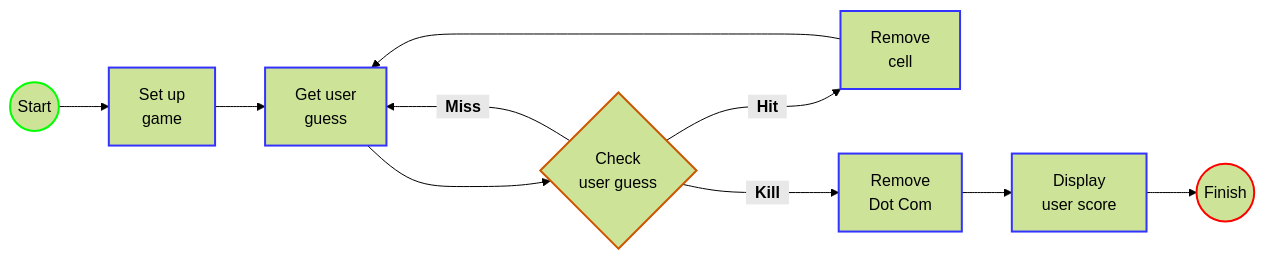
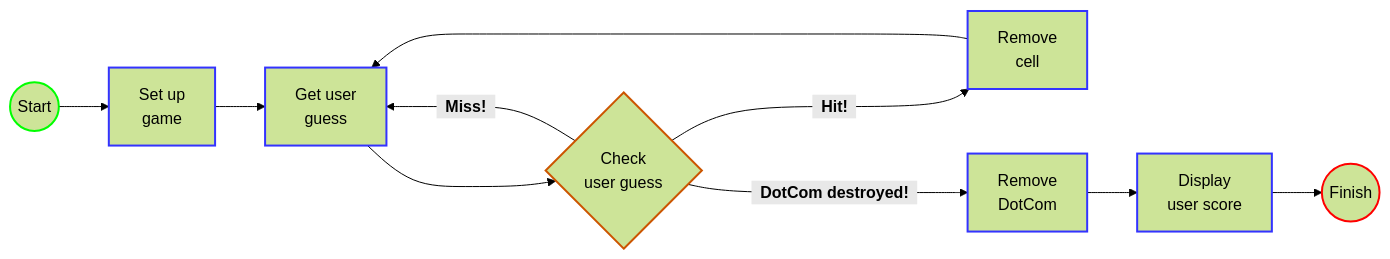
Before and after one commit to trbaxter/Old-Projects: the diagram in Java/Intermediate/Sink a Dot-Com Game/Readme.md, drawn with Mermaid (forest theme). The commit also changed 3 other files, not shown here.

````diff
--- a/Java/Intermediate/Sink a Dot-Com Game/Readme.md
+++ b/Java/Intermediate/Sink a Dot-Com Game/Readme.md
@@ -38,18 +38,18 @@
 ```mermaid
 flowchart LR
     A((Start)):::start --> B[Set up\n game]:::action
     B --> C[Get user\n guess]:::action
     C --> D{Check\n user guess}:::decision
-    D -- &nbsp <b>Miss</b> &nbsp ---> C
-    D -- &nbsp <b>Hit</b> &nbsp ---> E[Remove\n cell]:::action
+    D -- &nbsp <b>Miss!</b> &nbsp ---> C
+    D -- &nbsp <b>Hit!</b> &nbsp ---> E[Remove\n cell]:::action
     E --> C
-    D -- &nbsp <b>Kill</b> &nbsp ---> F[Remove\n Dot Com]:::action
+    D -- &nbsp <b>DotCom destroyed!</b> &nbsp ---> F[Remove\n DotCom]:::action
     F --> G[Display\n user score]:::action
     G --> H((Finish)):::finish
 
     
     classDef start stroke:#0f0,stroke-width:2px;
     classDef finish stroke:#f00, stroke-width:2px;
     classDef decision stroke:#cc5500, stroke-width:2px;
     classDef action stroke:#33FF, stroke-width:2px;
 ```
````
